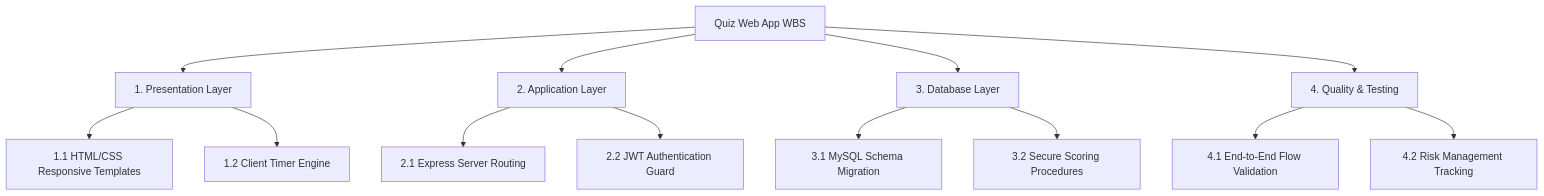
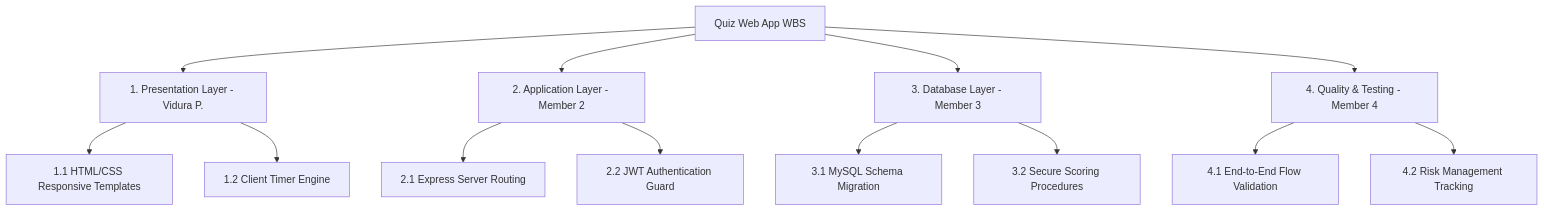
The fourth of 5 diagrams in docs/assignment/group_report.md (vidurapriyadarshana/SDGP_CW), drawn with Mermaid before and after one commit. The commit also changed other lines of this file and 7 other files, not shown here.

````diff
--- a/docs/assignment/group_report.md
+++ b/docs/assignment/group_report.md
@@ -319,16 +329,16 @@
 ```mermaid
 graph TD
     WBS[Quiz Web App WBS]
-    WBS --> M1[1. Presentation Layer]
+    WBS --> M1[1. Presentation Layer - Vidura P.]
     M1 --> M11[1.1 HTML/CSS Responsive Templates]
     M1 --> M12[1.2 Client Timer Engine]
-    WBS --> M2[2. Application Layer]
+    WBS --> M2[2. Application Layer - Member 2]
     M2 --> M21[2.1 Express Server Routing]
     M2 --> M22[2.2 JWT Authentication Guard]
-    WBS --> M3[3. Database Layer]
+    WBS --> M3[3. Database Layer - Member 3]
     M3 --> M31[3.1 MySQL Schema Migration]
     M3 --> M32[3.2 Secure Scoring Procedures]
-    WBS --> M4[4. Quality & Testing]
+    WBS --> M4[4. Quality & Testing - Member 4]
     M4 --> M41[4.1 End-to-End Flow Validation]
     M4 --> M42[4.2 Risk Management Tracking]
 ```
````
